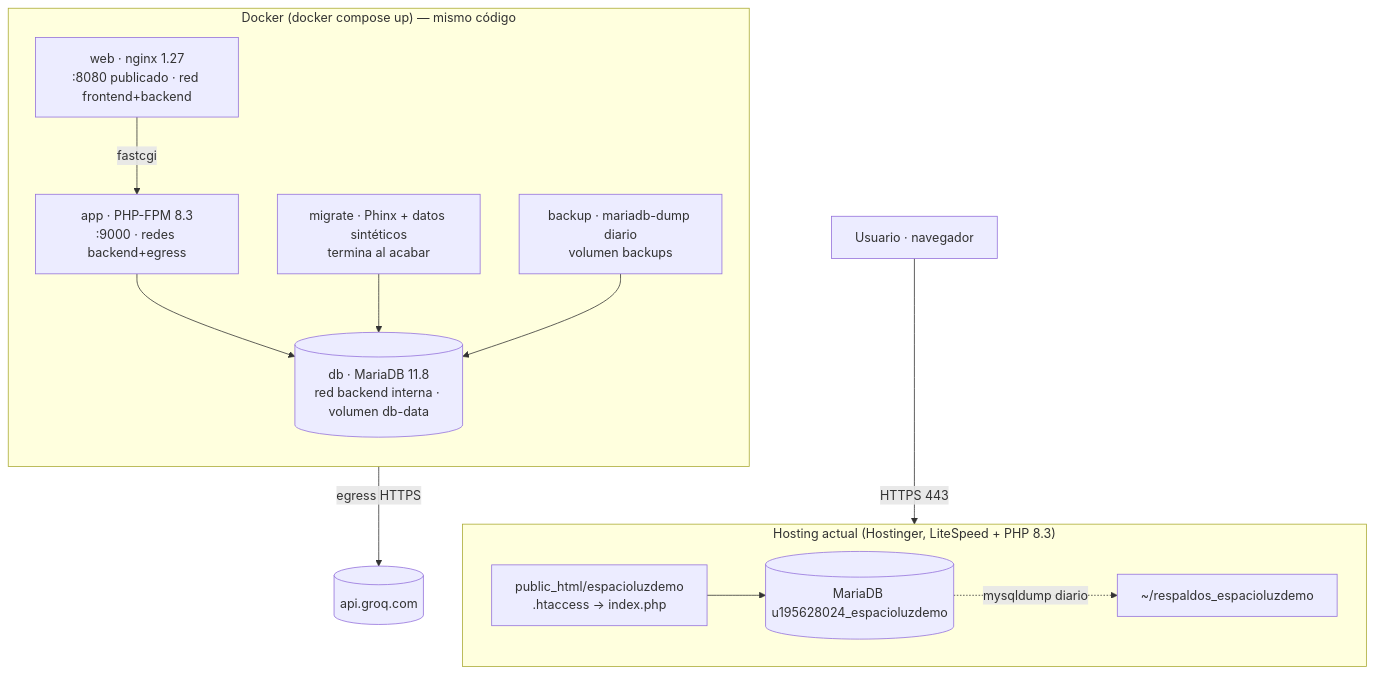
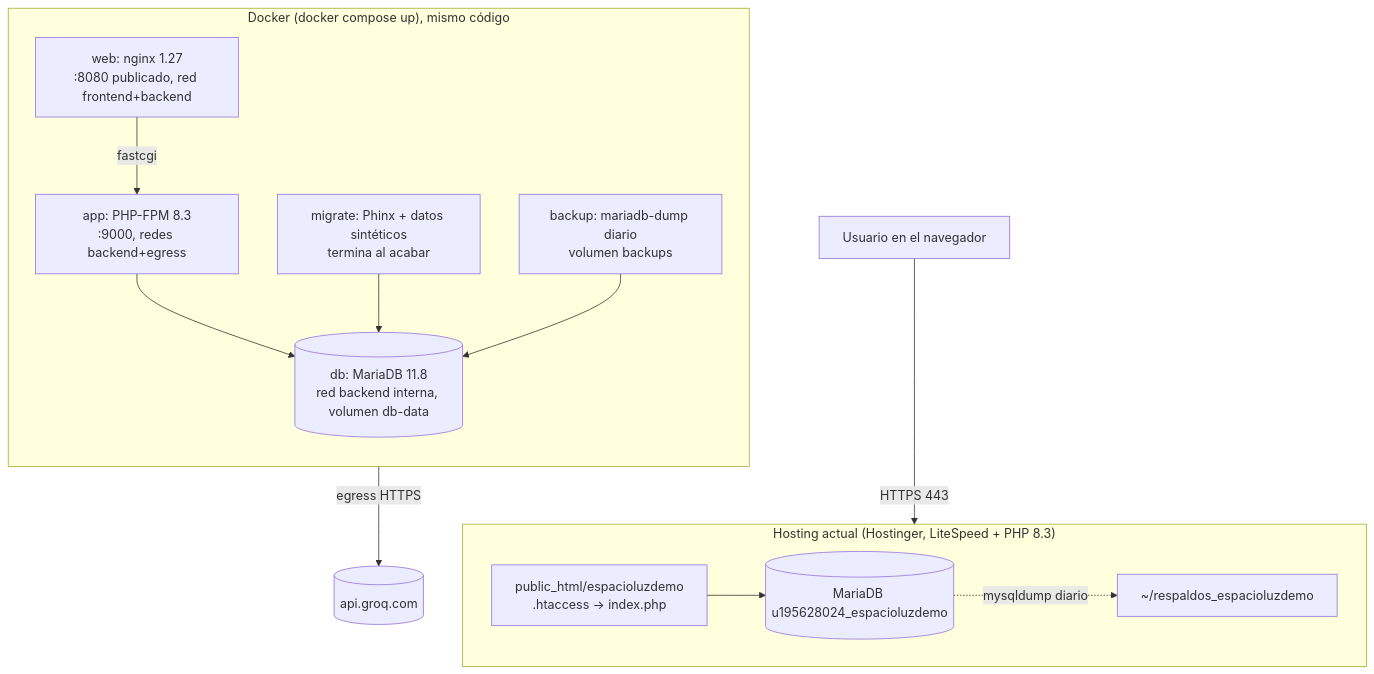
Before and after one commit to RocioBelenVG/Eval3EspacioLuzdemo: the diagram in docs/diagramas/04_despliegue.mmd, drawn with Mermaid. The commit also changed 17 other files, not shown here.

```diff
--- a/docs/diagramas/04_despliegue.mmd
+++ b/docs/diagramas/04_despliegue.mmd
@@ -1,21 +1,21 @@
 flowchart TB
-    U[Usuario · navegador] -->|HTTPS 443| H
+    U[Usuario en el navegador] -->|HTTPS 443| H
     subgraph H["Hosting actual (Hostinger, LiteSpeed + PHP 8.3)"]
         WEB1[public_html/espacioluzdemo<br/>.htaccess → index.php]
         DB1[(MariaDB u195628024_espacioluzdemo)]
         BK1[~/respaldos_espacioluzdemo]
         WEB1 --> DB1
         DB1 -. mysqldump diario .-> BK1
     end
-    subgraph D["Docker (docker compose up) — mismo código"]
+    subgraph D["Docker (docker compose up), mismo código"]
         direction TB
-        W[web · nginx 1.27<br/>:8080 publicado · red frontend+backend]
-        APP[app · PHP-FPM 8.3<br/>:9000 · redes backend+egress]
-        MDB[(db · MariaDB 11.8<br/>red backend interna · volumen db-data)]
-        MIG[migrate · Phinx + datos sintéticos<br/>termina al acabar]
-        BKP[backup · mariadb-dump diario<br/>volumen backups]
+        W[web: nginx 1.27<br/>:8080 publicado, red frontend+backend]
+        APP[app: PHP-FPM 8.3<br/>:9000, redes backend+egress]
+        MDB[(db: MariaDB 11.8<br/>red backend interna, volumen db-data)]
+        MIG[migrate: Phinx + datos sintéticos<br/>termina al acabar]
+        BKP[backup: mariadb-dump diario<br/>volumen backups]
         W -->|fastcgi| APP --> MDB
         MIG --> MDB
         BKP --> MDB
     end
     APP -->|egress HTTPS| LLM[(api.groq.com)]
```
